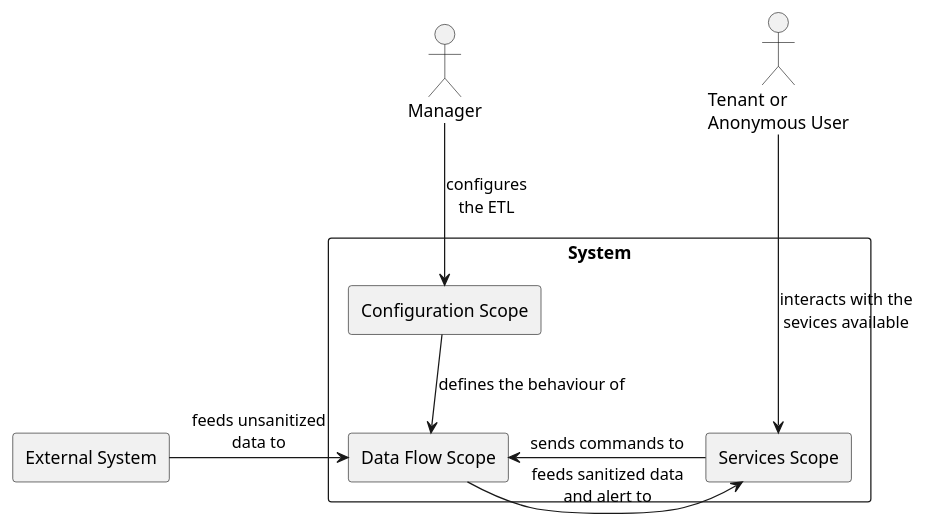
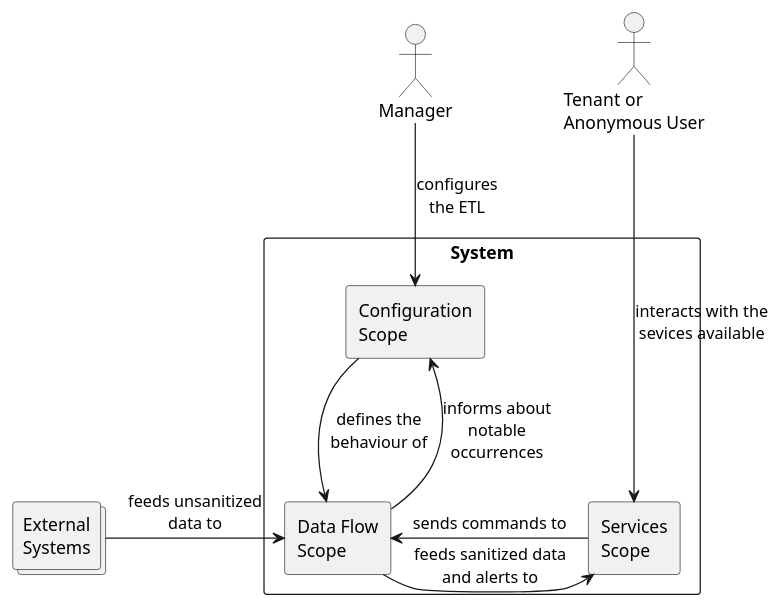
Before and after one commit to FilipeMCruz/dissertation: the diagram in assets/diagrams/design/scopes.pu, drawn with PlantUML. The commit also changed 17 other files, not shown here.

```diff
--- a/assets/diagrams/design/scopes.pu
+++ b/assets/diagrams/design/scopes.pu
@@ -1,31 +1,32 @@
 @startuml scopes
 
 skinparam componentStyle rectangle
 
 actor Manager
 
 actor "Tenant or\nAnonymous User" as User
 
-component "External System" as ExternalSystem
+collections "External\nSystems" as ExternalSystem
 
 component "System" {
 
-    component "Configuration Scope" as Configuration
+    component "Configuration\nScope" as Configuration
 
-    component "Data Flow Scope" as DataFlow
+    component "Data Flow\nScope" as DataFlow
 
-    component "Services Scope" as Service
+    component "Services\nScope" as Service
 }
 
 ExternalSystem -> DataFlow : feeds unsanitized\ndata to
 
-Configuration --> DataFlow : defines the behaviour of
+Configuration --> DataFlow : defines the\nbehaviour of
+Configuration <-- DataFlow : informs about\nnotable\noccurrences
 
-DataFlow -> Service : feeds sanitized data\nand alert to
+DataFlow -> Service : feeds sanitized data\nand alerts to
 Service -> DataFlow : sends commands to
 
 Manager --> Configuration : configures\nthe ETL
 
 User ---> Service : interacts with the\nsevices available
 
 @enduml
```
